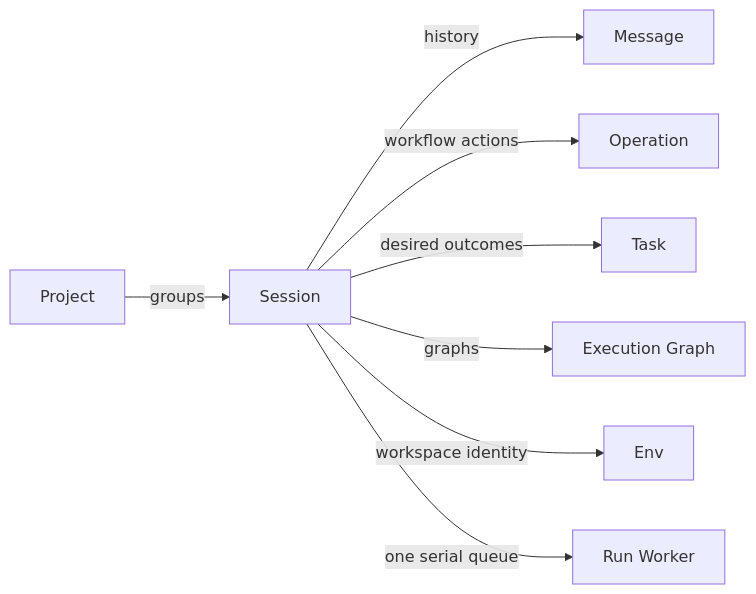
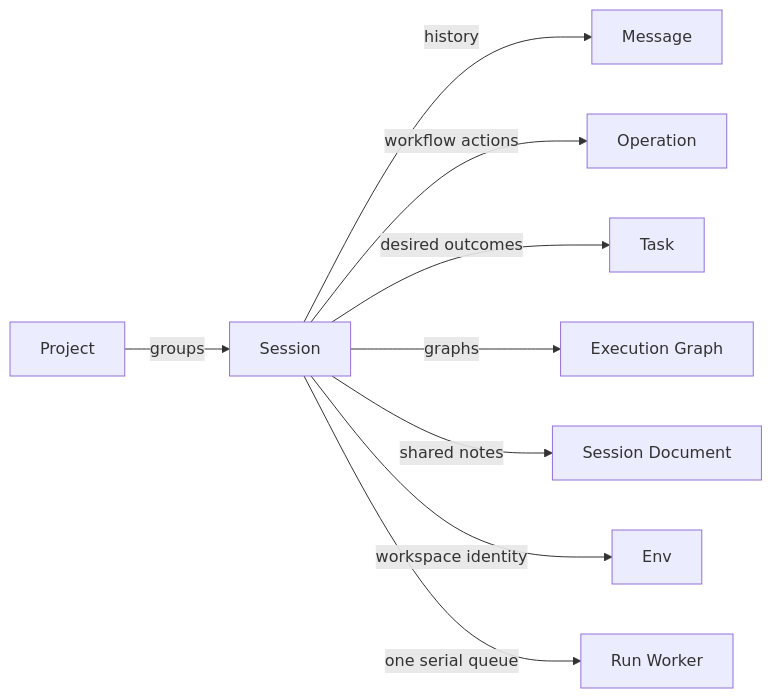
Before and after one commit to agentty-xyz/agentty: the diagram in docs/site/content/docs/core-components/durable-components/session.md, drawn with Mermaid. The commit also changed other lines of this file and 94 other files, not shown here.

First line of the commit message:
Share notes between graph nodes through a session document

````diff
--- a/docs/site/content/docs/core-components/durable-components/session.md
+++ b/docs/site/content/docs/core-components/durable-components/session.md
@@ -14,10 +14,11 @@
 ```mermaid
 flowchart LR
   P[Project] -->|groups| S[Session]
   S -->|history| M[Message]
   S -->|workflow actions| O[Operation]
   S -->|desired outcomes| T[Task]
   S -->|graphs| G[Execution Graph]
+  S -->|shared notes| D[Session Document]
   S -->|workspace identity| E[Env]
   S -->|one serial queue| W[Run Worker]
 ```
````
